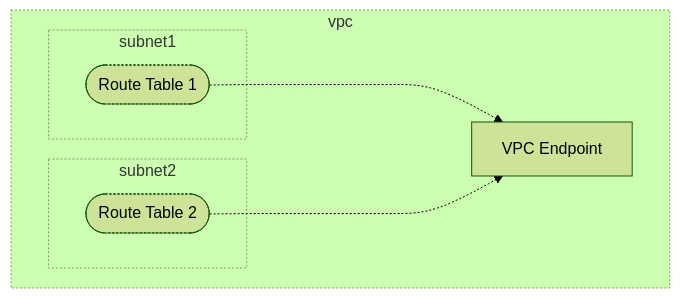
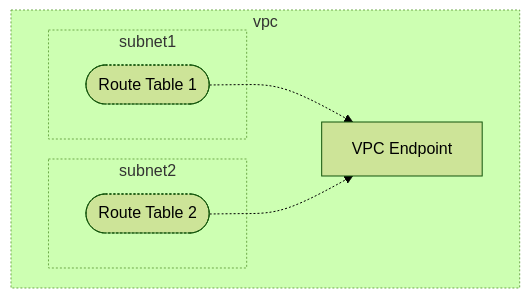
Before and after one commit to 10hin/terraform-modules: the diagram in aws/gateway-vpc-endpoint/README.md, drawn with Mermaid (forest theme).

````diff
--- a/aws/gateway-vpc-endpoint/README.md
+++ b/aws/gateway-vpc-endpoint/README.md
@@ -7,20 +7,20 @@
 ```mermaid
 flowchart TB
   classDef dottedBorder stroke-dasharray: 2 2;
   subgraph vpc
     subgraph subnet1
       rt1(["Route Table 1"])
       class rt1 dottedBorder;
     end
     class subnet1 dottedBorder;
     subgraph subnet2
       rt2(["Route Table 2"])
       class rt2 dottedBorder;
     end
     class subnet2 dottedBorder;
     vpce["VPC Endpoint"]
-    rt1 -...-> vpce
-    rt2 -...-> vpce
+    rt1 -.-> vpce
+    rt2 -.-> vpce
   end
   class vpc dottedBorder;
 ```
````
